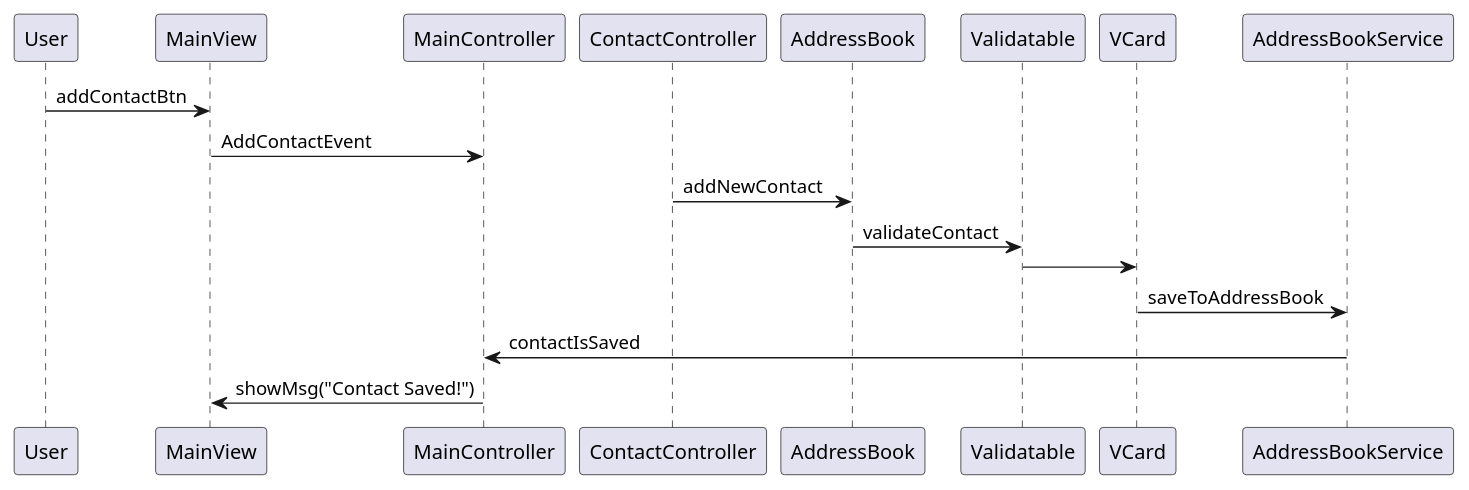
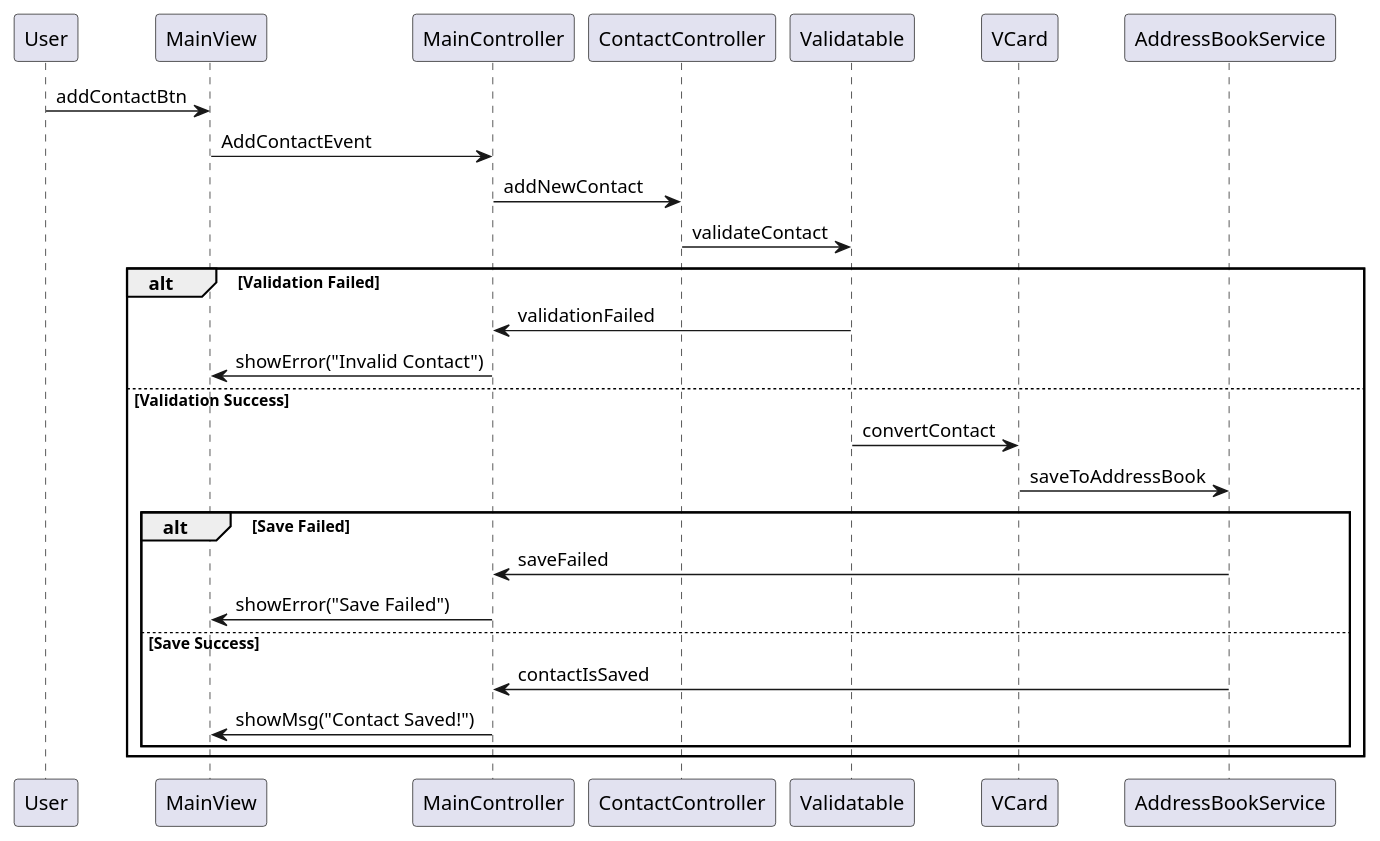
The diagram in SequenceDiagrams/AddContactDiagram.puml (francescopeluso/SWE-Project), drawn with PlantUML before and after one commit. The commit also changed 20 other files, not shown here.

Commit message:
aggiornati i diagrammi di sequenza

```diff
--- a/SequenceDiagrams/AddContactDiagram.puml
+++ b/SequenceDiagrams/AddContactDiagram.puml
@@ -1,12 +1,24 @@
 @startuml
 
-User  -> MainView: addContactBtn
-MainView  -> MainController: AddContactEvent
-ContactController-> AddressBook: addNewContact
-AddressBook -> Validatable: validateContact
-Validatable -> VCard: 
-VCard -> AddressBookService: saveToAddressBook
-AddressBookService -> MainController: contactIsSaved
-MainController -> MainView: showMsg("Contact Saved!")
+User -> MainView: addContactBtn
+MainView -> MainController: AddContactEvent
+MainController -> ContactController: addNewContact
+ContactController -> Validatable: validateContact
+
+alt Validation Failed
+  Validatable -> MainController: validationFailed
+  MainController -> MainView: showError("Invalid Contact")
+else Validation Success
+  Validatable -> VCard: convertContact
+  VCard -> AddressBookService: saveToAddressBook
+  
+  alt Save Failed
+    AddressBookService -> MainController: saveFailed
+    MainController -> MainView: showError("Save Failed")
+  else Save Success
+    AddressBookService -> MainController: contactIsSaved
+    MainController -> MainView: showMsg("Contact Saved!")
+  end
+end
 
 @enduml
```
